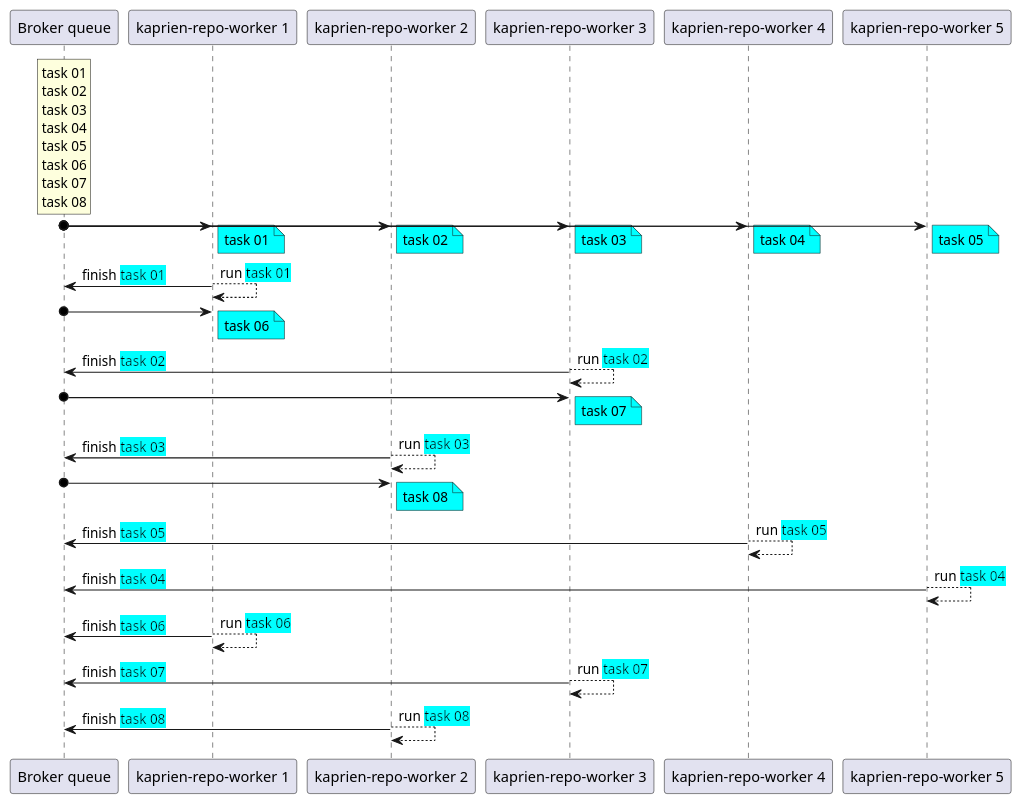
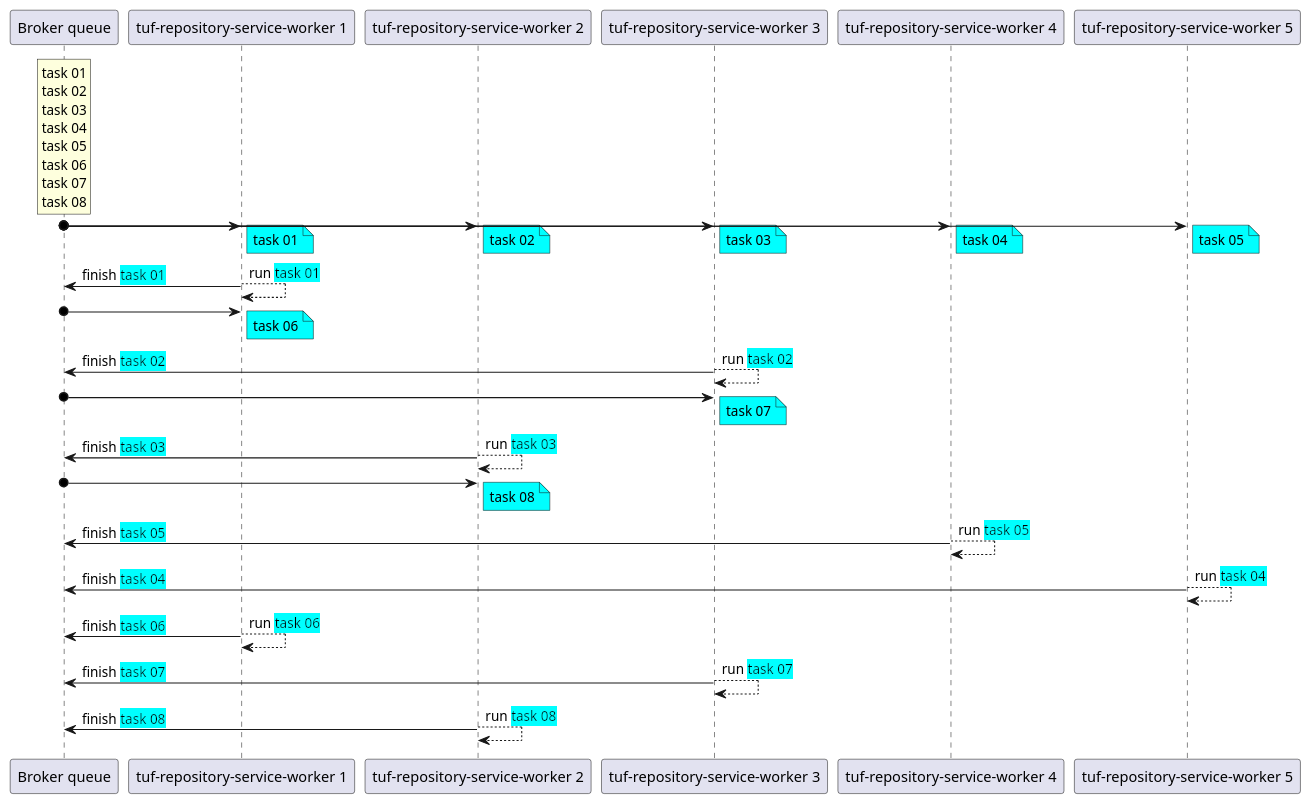
Before and after one commit to repository-service-tuf/repository-service-tuf-worker: the first of 5 diagrams in docs/source/devel/known_issues.rst, drawn with PlantUML. The commit also changed other lines of this file and 51 other files, not shown here.

```diff
--- a/docs/source/devel/known_issues.rst
+++ b/docs/source/devel/known_issues.rst
@@ -25,64 +25,64 @@
 .. uml::
 
     @startuml
     !pragma teoz true
 
     participant "Broker queue" as broker
-    participant "kaprien-repo-worker 1" as worker1
-    participant "kaprien-repo-worker 2" as worker2
-    participant "kaprien-repo-worker 3" as worker3
-    participant "kaprien-repo-worker 4" as worker4
-    participant "kaprien-repo-worker 5" as worker5
+    participant "tuf-repository-service-worker 1" as worker1
+    participant "tuf-repository-service-worker 2" as worker2
+    participant "tuf-repository-service-worker 3" as worker3
+    participant "tuf-repository-service-worker 4" as worker4
+    participant "tuf-repository-service-worker 5" as worker5
 
     rnote over broker
     task 01
     task 02
     task 03
     task 04
     task 05
     task 06
     task 07
     task 08
     endrnote
 
     broker o-> worker1
     note right #cyan: task 01
     &broker o-> worker2
     note right #cyan: task 02
     &broker o-> worker3
     note right #cyan: task 03
     &broker o-> worker4
     note right #cyan: task 04
     &broker o-> worker5
     note right #cyan: task 05
 
     worker1 --> worker1: run <back:cyan>task 01</back>
     & worker1 -> broker: finish <back:cyan>task 01</back>
     broker o-> worker1
     note right #cyan: task 06
 
     worker3 --> worker3: run <back:cyan>task 02</back>
     & worker3 -> broker: finish <back:cyan>task 02</back>
     broker o-> worker3
     note right #cyan: task 07
 
     worker2 --> worker2: run <back:cyan>task 03</back>
     & worker2 -> broker: finish <back:cyan>task 03</back>
     broker o-> worker2
     note right #cyan: task 08
 
     worker4 --> worker4: run <back:cyan>task 05</back>
     & worker4 -> broker: finish <back:cyan>task 05</back>
 
     worker5 --> worker5: run <back:cyan>task 04</back>
     & worker5 -> broker: finish <back:cyan>task 04</back>
 
     worker1 --> worker1: run <back:cyan>task 06</back>
     & worker1 -> broker: finish <back:cyan>task 06</back>
 
     worker3 --> worker3: run <back:cyan>task 07</back>
     & worker3 -> broker: finish <back:cyan>task 07</back>
 
     worker2 --> worker2: run <back:cyan>task 08</back>
     & worker2 -> broker: finish <back:cyan>task 08</back>
     @enduml
```
